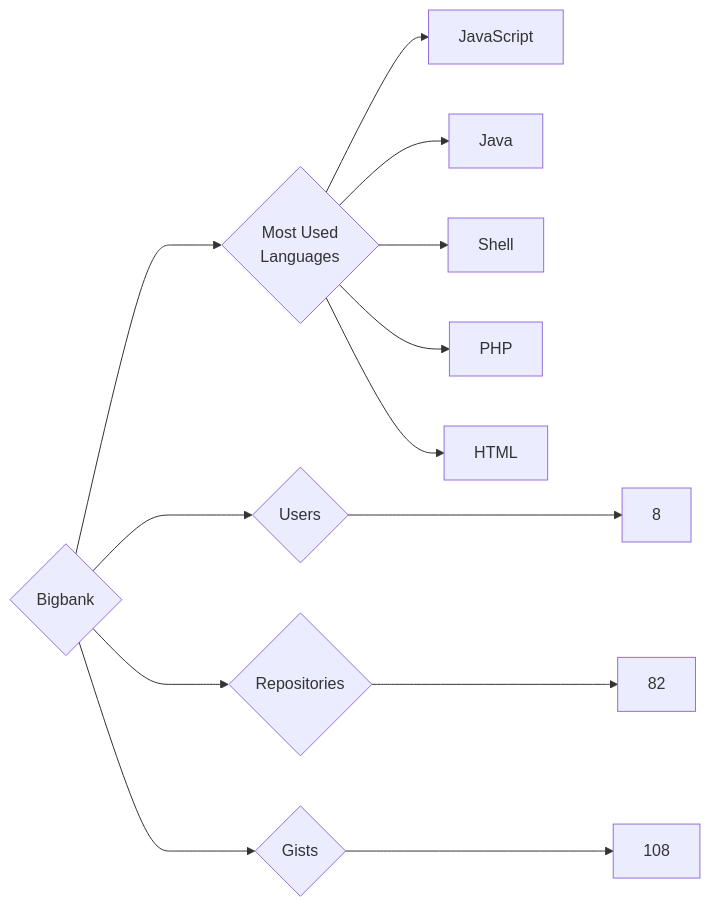
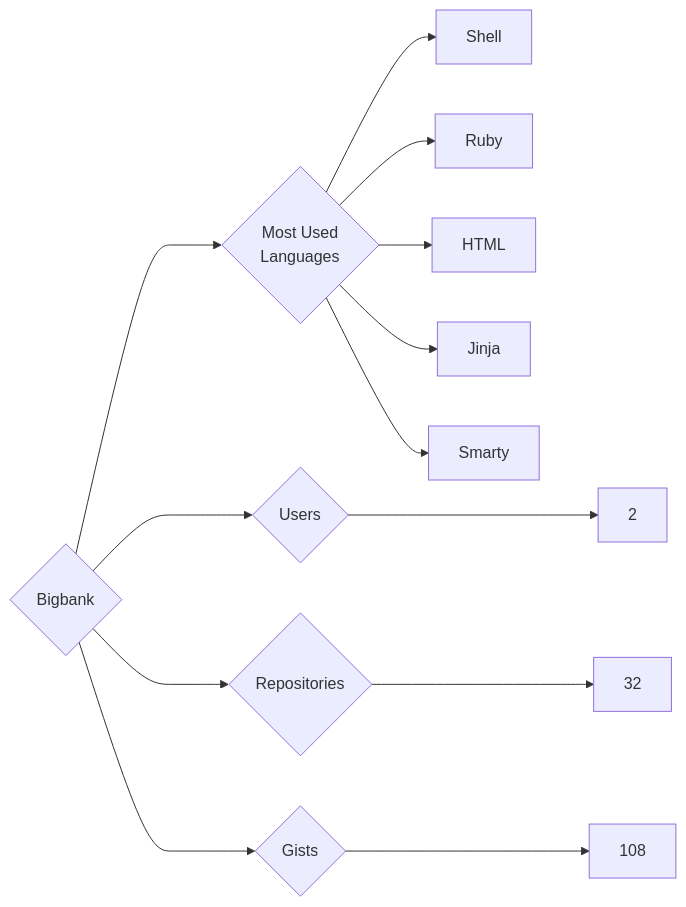
One commit to trickest/insiders changed the diagram in targets/Bigbank/README.md. Above: the diagram before and after it, drawn with Mermaid. The commit also changed 786 other files, not shown here.

````diff
--- a/targets/Bigbank/README.md
+++ b/targets/Bigbank/README.md
@@ -3,13 +3,13 @@
 ```mermaid
 graph LR
 COMPANY_NAME{Bigbank}
-COMPANY_NAME ---> U{Users} ---> UN[8]
-COMPANY_NAME ---> R{Repositories} ---> RN[82]
+COMPANY_NAME ---> U{Users} ---> UN[2]
+COMPANY_NAME ---> R{Repositories} ---> RN[32]
 COMPANY_NAME ---> G{Gists} ---> GN[108]
 COMPANY_NAME ---> ML{Most Used<br>Languages}
-ML --> JavaScript[JavaScript]
-ML --> Java[Java]
 ML --> Shell[Shell]
-ML --> PHP[PHP]
+ML --> Ruby[Ruby]
 ML --> HTML[HTML]
+ML --> Jinja[Jinja]
+ML --> Smarty[Smarty]
 ```
````
